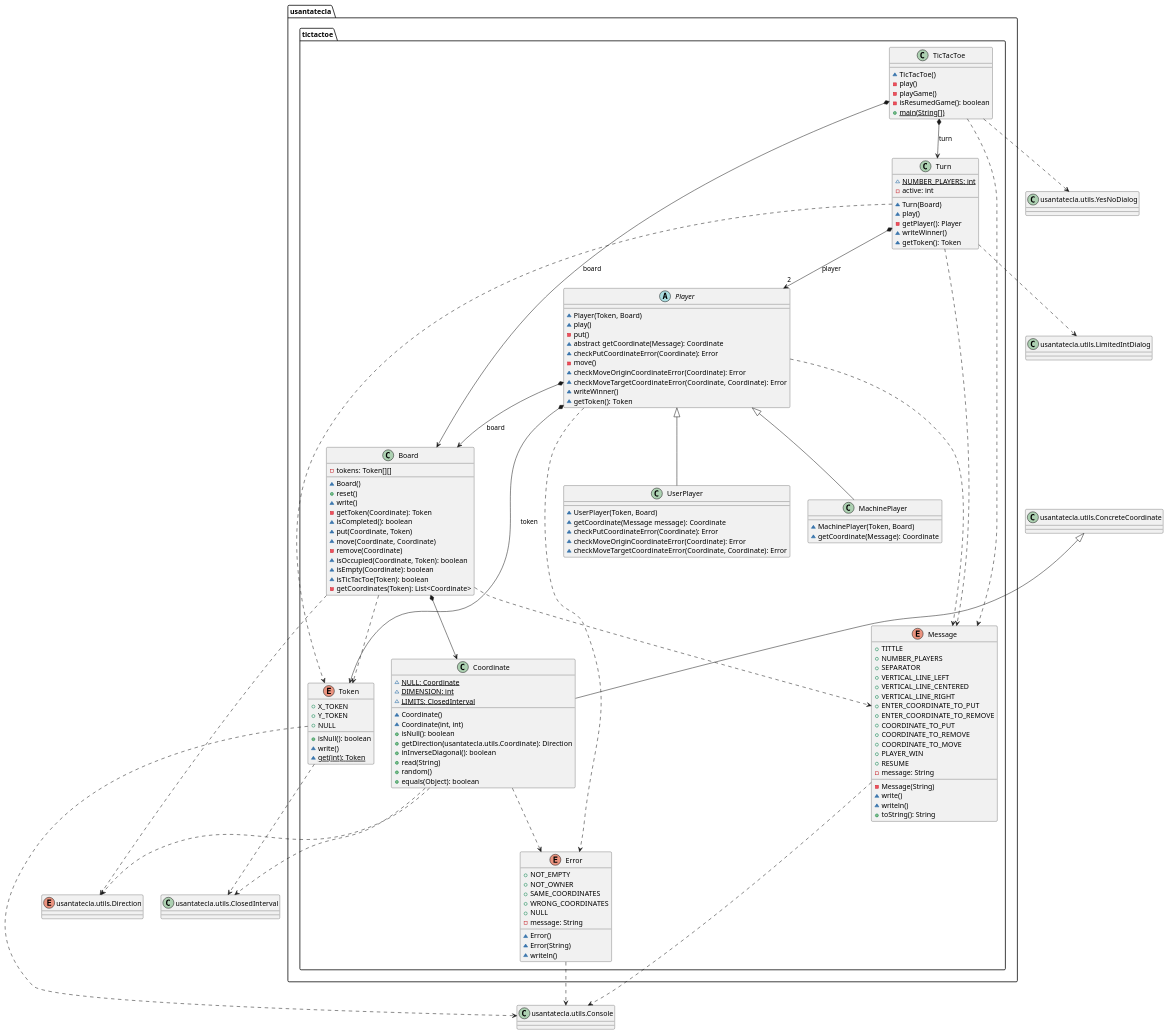
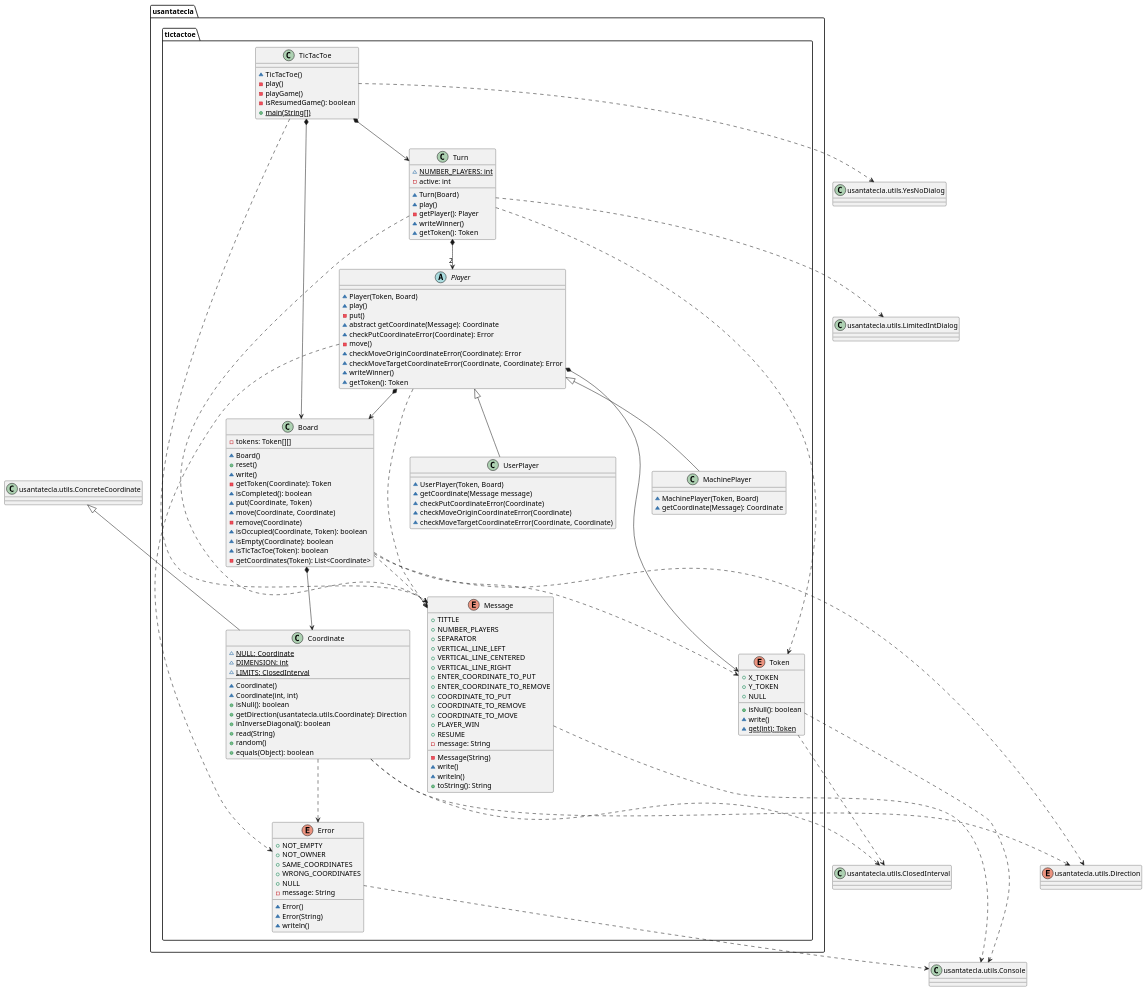
Before and after one commit to Jolucaa/USantaTecla-project-ticTacToe: the first of 2 diagrams in domainModel/docs/diagrams/src/paquetes.plantuml, drawn with PlantUML. The commit also changed other lines of this file and 2 other files, not shown here.

Commit message:
DomainModel diagrams finished

```diff
--- a/domainModel/docs/diagrams/src/paquetes.plantuml
+++ b/domainModel/docs/diagrams/src/paquetes.plantuml
@@ -1,182 +1,182 @@
 @startuml tictactoe
 namespace usantatecla.tictactoe {
 class Board {
 	- tokens: Token[][] 
 	~ Board()
 	+ reset() 
 	~ write() 
 	- getToken(Coordinate): Token 
 	~ isCompleted(): boolean 
 	~ put(Coordinate, Token) 
 	~ move(Coordinate, Coordinate) 
 	- remove(Coordinate) 
 	~ isOccupied(Coordinate, Token): boolean 
 	~ isEmpty(Coordinate): boolean
 	~ isTicTacToe(Token): boolean
 	- getCoordinates(Token): List<Coordinate> 
 }
 
 class Coordinate {
 	~ NULL: {static} Coordinate
 	~ DIMENSION: {static} int 
 	~ LIMITS: {static} ClosedInterval 
 	~ Coordinate()
 	~ Coordinate(int, int)
 	+ isNull(): boolean 
 	+ getDirection(usantatecla.utils.Coordinate): Direction 
 	+ inInverseDiagonal(): boolean 
 	+ read(String)
 	+ random() 
 	+ equals(Object): boolean 
 }
 
 enum Error {
 
 	+ NOT_EMPTY
 	+ NOT_OWNER
 	+ SAME_COORDINATES
 	+ WRONG_COORDINATES
 	+ NULL
 	- message: String 
 	~ Error()
 	~ Error(String)
 	~ writeln()
 }
 
 class MachinePlayer {
 	~ MachinePlayer(Token, Board)
 	~ getCoordinate(Message): Coordinate 
 }
 
 enum Message {
 	+ TITTLE
 	+ NUMBER_PLAYERS
 	+ SEPARATOR
 	+ VERTICAL_LINE_LEFT
 	+ VERTICAL_LINE_CENTERED
 	+ VERTICAL_LINE_RIGHT
 	+ ENTER_COORDINATE_TO_PUT
 	+ ENTER_COORDINATE_TO_REMOVE
 	+ COORDINATE_TO_PUT
 	+ COORDINATE_TO_REMOVE
 	+ COORDINATE_TO_MOVE
 	+ PLAYER_WIN
 	+ RESUME
 	- message: String 
 	- Message(String)
 	~ write()
 	~ writeln()
 	+ toString(): String 
 }
 
 
 abstract class Player {
 	~ Player(Token, Board)
 	~ play()
 	- put()
 	~ abstract getCoordinate(Message): Coordinate 
 	~ checkPutCoordinateError(Coordinate): Error 
 	- move()
 	~ checkMoveOriginCoordinateError(Coordinate): Error 
 	~ checkMoveTargetCoordinateError(Coordinate, Coordinate): Error 
 	~ writeWinner()
 	~ getToken(): Token 
 }
 
 class TicTacToe{
     ~ TicTacToe()
 	- play()
     - playGame()
 	- isResumedGame(): boolean
 	+ {static} main(String[])
 }
 
 enum Token {
 	+ X_TOKEN
 	+ Y_TOKEN
 	+ NULL
     + isNull(): boolean 
     ~ write()
     ~ {static} get(int): Token 
 }
 
 class Turn {
 	~ NUMBER_PLAYERS: {static} int 
 	- active: int 
 	~ Turn(Board)
 	~ play()
 	- getPlayer(): Player 
 	~ writeWinner()
 	~ getToken(): Token  
 }
 
 class UserPlayer extends Player {
 	~ UserPlayer(Token, Board)
-	~ getCoordinate(Message message): Coordinate
-	~ checkPutCoordinateError(Coordinate): Error 
-	~ checkMoveOriginCoordinateError(Coordinate): Error
-	~ checkMoveTargetCoordinateError(Coordinate, Coordinate): Error
+	~ getCoordinate(Message message)
+	~ checkPutCoordinateError(Coordinate) 
+	~ checkMoveOriginCoordinateError(Coordinate)
+	~ checkMoveTargetCoordinateError(Coordinate, Coordinate)
 }
 
-TicTacToe *-down-> Board : board
-TicTacToe *-down-> Turn : turn
+TicTacToe *-down-> Board 
+TicTacToe *-down-> Turn 
 
 Board .down.> Token
 Turn .down.> Token
-Player *-down-> Token : token
-Player *-down-> Board : board
-Turn *-down-> "2" Player : player
+Player *-down-> Token
+Player *-down-> Board 
+Turn *-down-> "2" Player 
 Board *-down-> Coordinate 
 Player <|-down- MachinePlayer
 Coordinate .down.> Error
 Player .down.> Error
 Board .down.> Message
 Player .down.> Message
 TicTacToe .down.> Message
 Turn .down.> Message
 
 }
 
 class ConcreteCoordinate as "usantatecla.utils.ConcreteCoordinate"{
 
 }
 
 class ClosedInterval as "usantatecla.utils.ClosedInterval"{
 	
 }
 
 class Console as "usantatecla.utils.Console"{
 	
 }
 
 class LimitedIntDialog as "usantatecla.utils.LimitedIntDialog"{
 	
 }
 
 class YesNoDialog as "usantatecla.utils.YesNoDialog"{
 	
 }
 
 enum Direction as "usantatecla.utils.Direction"{
 	
 }
 
 ConcreteCoordinate <|-down- usantatecla.tictactoe.Coordinate
 
 usantatecla.tictactoe.Coordinate .down.> ClosedInterval
 usantatecla.tictactoe.Token .down.> ClosedInterval
 
 
 usantatecla.tictactoe.Error .down.> Console
 usantatecla.tictactoe.Message .down.> Console
 usantatecla.tictactoe.Token .down.> Console
 
 
 
 usantatecla.tictactoe.Turn .down.> LimitedIntDialog
 usantatecla.tictactoe.TicTacToe .down.> YesNoDialog
 
 usantatecla.tictactoe.Board .down.> Direction
 usantatecla.tictactoe.Coordinate .down.> Direction
 
 @enduml
```
